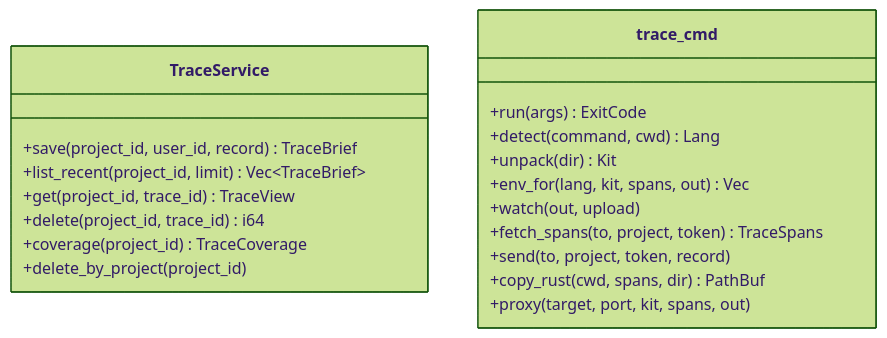
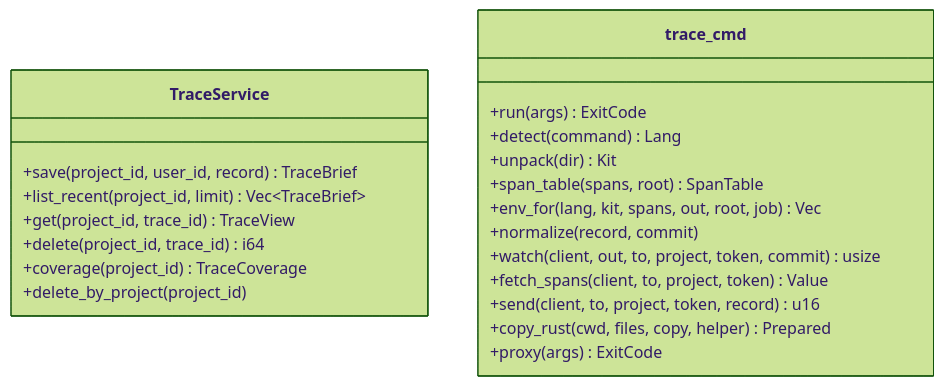
Diagram 12 of 12 in docs/specs/06-DOM/SYNC-DOM-004.md (HoyoungParkme/syncdoc), drawn with Mermaid (forest theme) before and after one commit. The commit also changed other lines of this file and 74 other files, not shown here.

````diff
--- a/docs/specs/06-DOM/SYNC-DOM-004.md
+++ b/docs/specs/06-DOM/SYNC-DOM-004.md
@@ -986,22 +987,24 @@
 ```mermaid
 classDiagram
     class TraceService {
         +save(project_id, user_id, record) TraceBrief
         +list_recent(project_id, limit) Vec~TraceBrief~
         +get(project_id, trace_id) TraceView
         +delete(project_id, trace_id) i64
         +coverage(project_id) TraceCoverage
         +delete_by_project(project_id)
     }
     class trace_cmd {
         +run(args) ExitCode
-        +detect(command, cwd) Lang
+        +detect(command) Lang
         +unpack(dir) Kit
-        +env_for(lang, kit, spans, out) Vec
-        +watch(out, upload) 
-        +fetch_spans(to, project, token) TraceSpans
-        +send(to, project, token, record) 
-        +copy_rust(cwd, spans, dir) PathBuf
-        +proxy(target, port, kit, spans, out)
+        +span_table(spans, root) SpanTable
+        +env_for(lang, kit, spans, out, root, job) Vec
+        +normalize(record, commit)
+        +watch(client, out, to, project, token, commit) usize
+        +fetch_spans(client, to, project, token) Value
+        +send(client, to, project, token, record) u16
+        +copy_rust(cwd, files, copy, helper) Prepared
+        +proxy(args) ExitCode
     }
 ```
````
